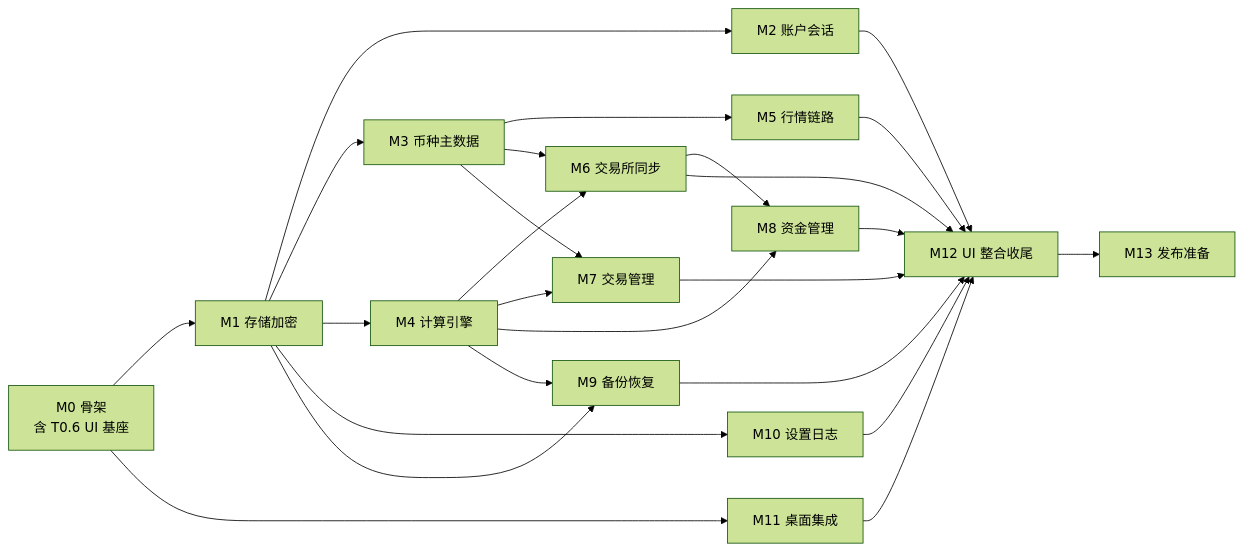
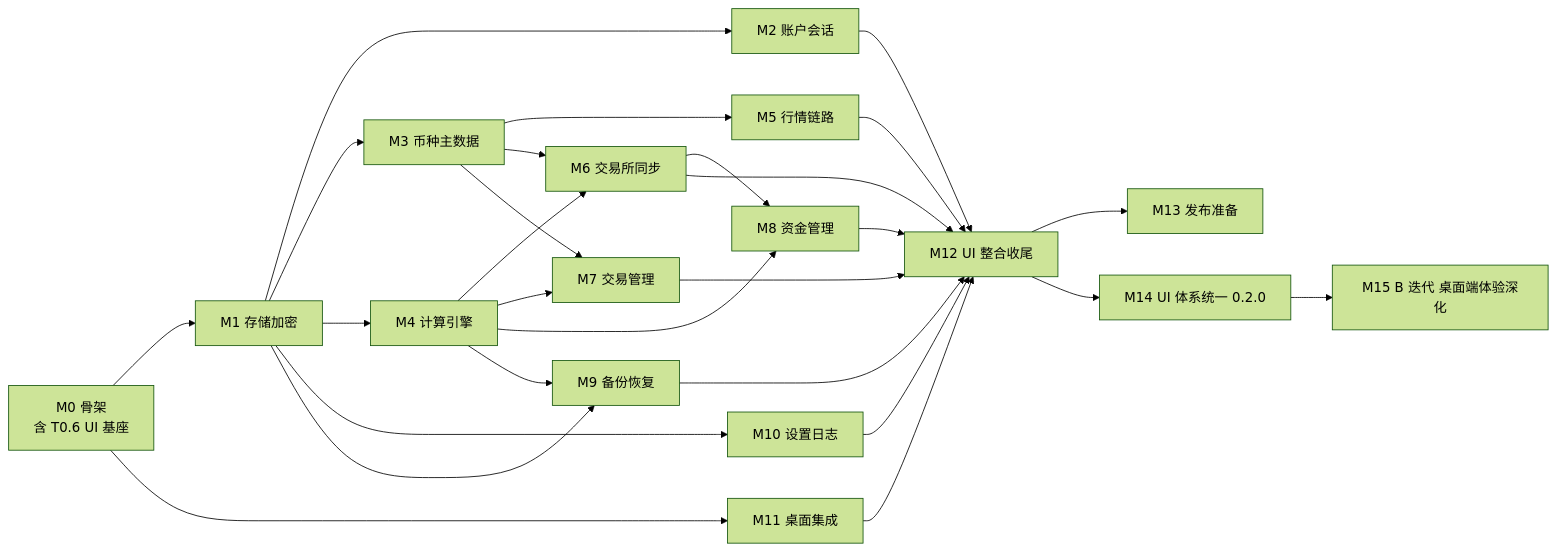
Before and after one commit to mapleafly/wuzhufolio: the diagram in docs/tech/task-breakdown.md, drawn with Mermaid (forest theme). The commit also changed other lines of this file and 33 other files, not shown here.

````diff
--- a/docs/tech/task-breakdown.md
+++ b/docs/tech/task-breakdown.md
@@ -35,20 +35,22 @@
 ```mermaid
 flowchart LR
   T0[M0 骨架<br/>含 T0.6 UI 基座] --> T1[M1 存储加密]
   T1 --> T2[M2 账户会话]
   T1 --> T3[M3 币种主数据]
   T1 --> T4[M4 计算引擎]
   T1 --> T10[M10 设置日志]
   T0 --> T11[M11 桌面集成]
   T3 --> T5[M5 行情链路]
   T3 --> T6[M6 交易所同步]
   T4 --> T6
   T4 --> T7[M7 交易管理]
   T3 --> T7
   T4 --> T8[M8 资金管理]
   T6 --> T8
   T1 --> T9[M9 备份恢复]
   T4 --> T9
   T2 & T5 & T6 & T7 & T8 & T9 & T10 & T11 --> T12[M12 UI 整合收尾]
   T12 --> T13[M13 发布准备]
+  T12 --> T14[M14 UI 体系统一 0.2.0]
+  T14 --> T15[M15 B 迭代 桌面端体验深化]
 ```
````
